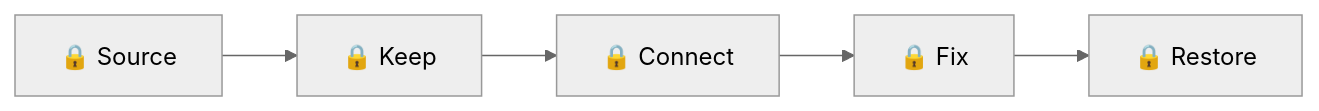
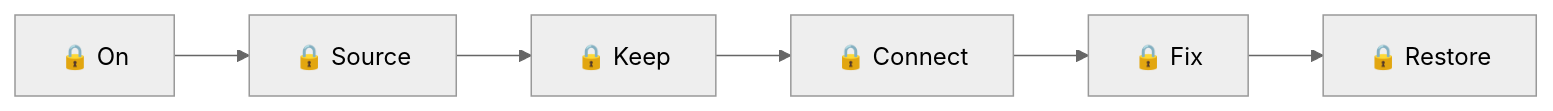
Before and after one commit to Colorado-Startups/claudius: the third of 5 diagrams in maps/README.md, drawn with Mermaid (neutral theme). The commit also changed other lines of this file and 1 other file, not shown here.

````diff
--- a/maps/README.md
+++ b/maps/README.md
@@ -41,4 +41,4 @@
 ```mermaid
 flowchart LR
-  source["🔒 Source"] --> keep["🔒 Keep"] --> connect["🔒 Connect"] --> fix["🔒 Fix"] --> stale["🔒 Restore"]
+  on["🔒 On"] --> source["🔒 Source"] --> keep["🔒 Keep"] --> connect["🔒 Connect"] --> fix["🔒 Fix"] --> stale["🔒 Restore"]
 ```
````
